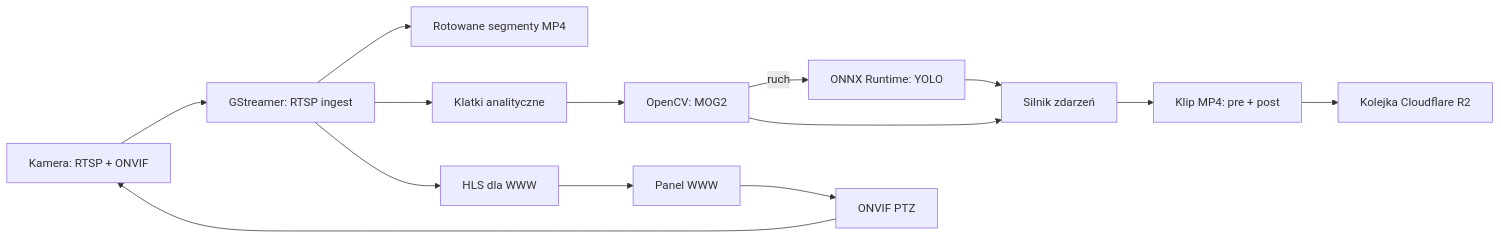
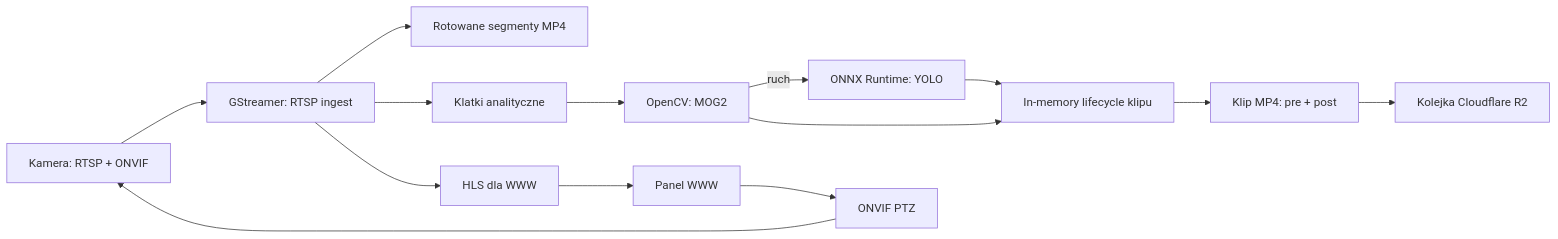
Before and after one commit to Mazako/cam_proj: the diagram in docs/README.md, drawn with Mermaid. The commit also changed other lines of this file and 18 other files, not shown here.

````diff
--- a/docs/README.md
+++ b/docs/README.md
@@ -35,16 +35,16 @@
 ```mermaid
 flowchart LR
     Camera["Kamera: RTSP + ONVIF"] --> Ingest["GStreamer: RTSP ingest"]
     Ingest --> Buffer["Rotowane segmenty MP4"]
     Ingest --> Frames["Klatki analityczne"]
     Frames --> Motion["OpenCV: MOG2"]
     Motion -->|"ruch"| Yolo["ONNX Runtime: YOLO"]
-    Motion --> Events["Silnik zdarzeń"]
-    Yolo --> Events
-    Events --> Clips["Klip MP4: pre + post"]
+    Motion --> Lifecycle["In-memory lifecycle klipu"]
+    Yolo --> Lifecycle
+    Lifecycle --> Clips["Klip MP4: pre + post"]
     Clips --> Upload["Kolejka Cloudflare R2"]
     Ingest --> Hls["HLS dla WWW"]
     Hls --> Web["Panel WWW"]
     Web --> Ptz["ONVIF PTZ"]
     Ptz --> Camera
 ```
````
